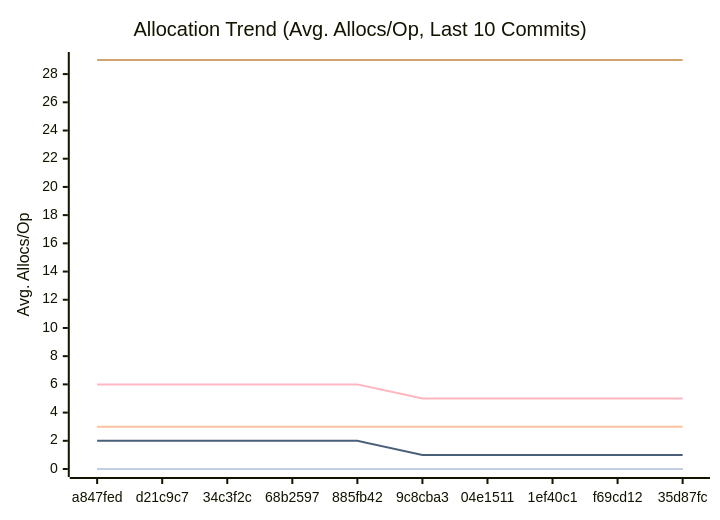
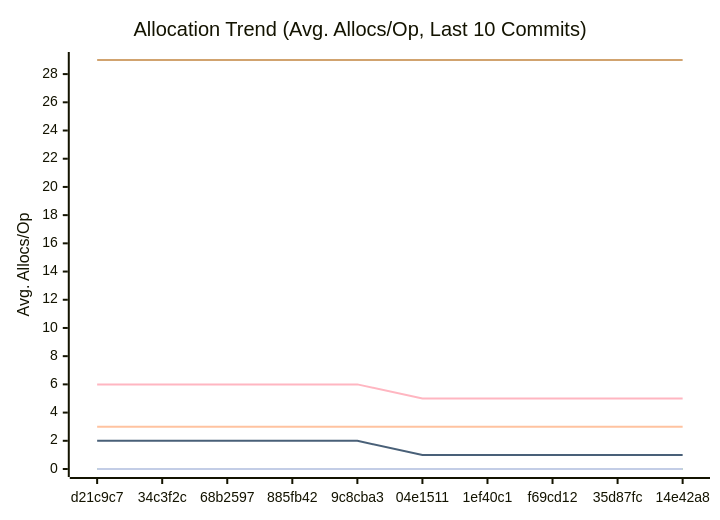
Before and after one commit to alsotoes/momo: the third of 3 diagrams in docs/PERFORMANCE.md, drawn with Mermaid. The commit also changed other lines of this file and 5 other files, not shown here.

````diff
--- a/docs/PERFORMANCE.md
+++ b/docs/PERFORMANCE.md
@@ -114,16 +114,16 @@
 ```mermaid
 xychart-beta
     title "Allocation Trend (Avg. Allocs/Op, Last 10 Commits)"
     x-axis "Commit"
     y-axis "Avg. Allocs/Op"
-    x-axis [a847fed,d21c9c7,34c3f2c,68b2597,885fb42,9c8cba3,04e1511,1ef40c1,f69cd12,35d87fc]
+    x-axis [d21c9c7,34c3f2c,68b2597,885fb42,9c8cba3,04e1511,1ef40c1,f69cd12,35d87fc,14e42a8]
     line "CheckMetricsAndSwap" [0,0,0,0,0,0,0,0,0,0]
     line "CrushOptimized" [0,0,0,0,0,0,0,0,0,0]
     line "CrushOriginal" [3,3,3,3,3,3,3,3,3,3]
     line "IndexDirectTracking" [0,0,0,0,0,0,0,0,0,0]
     line "IndexSearch" [0,0,0,0,0,0,0,0,0,0]
     line "LoadGlobalConfig" [29,29,29,29,29,29,29,29,29,29]
     line "PadString" [0,0,0,0,0,0,0,0,0,0]
     line "ParseReplicationOrder_NoPrealloc" [6,6,6,6,6,5,5,5,5,5]
     line "ParseReplicationOrder_Prealloc" [2,2,2,2,2,1,1,1,1,1]
 ```
````
